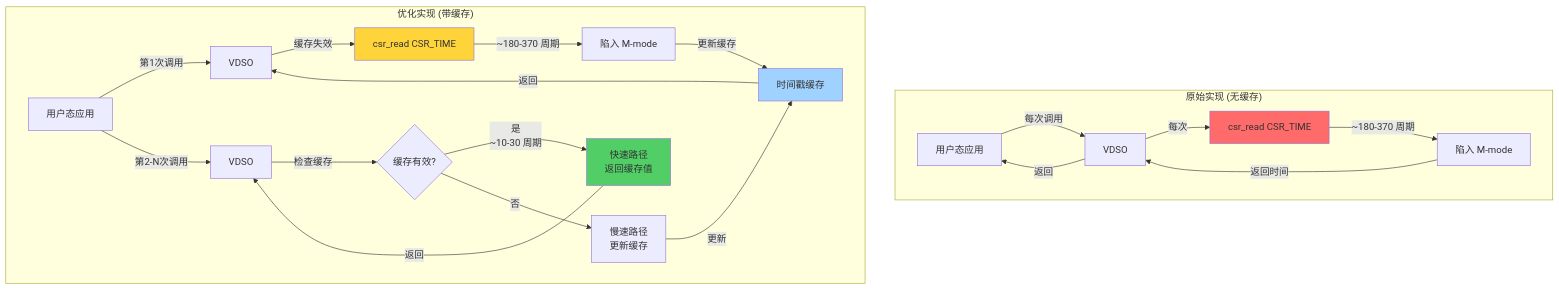
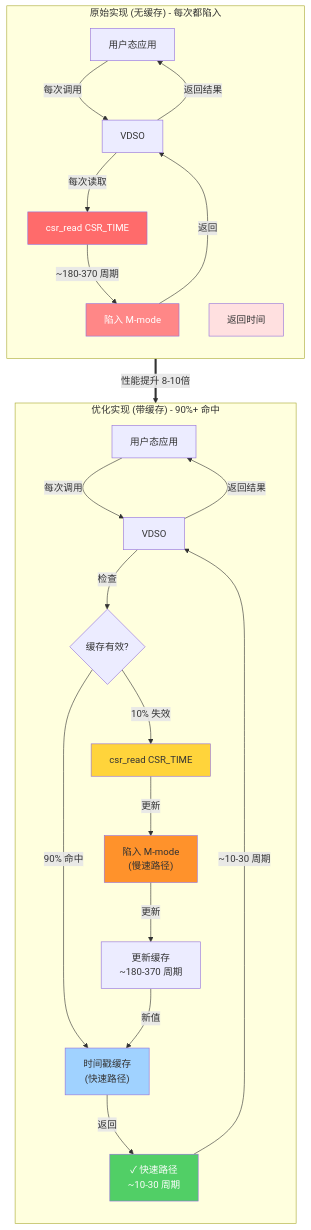
The seventh of 11 diagrams in kernel/vdso/docs/RISC-V_VDSO_Performance_Analysis.md (zcxGGmu/linux-riscv-docs), drawn with Mermaid before and after one commit. The commit also changed other lines of this file, not shown here.

Commit message:
docs/vdso: improve Mermaid diagram clarity with vertical layout
- Section 2.4: Reorganized system architecture comparison with
  explicit top-to-bottom flow using direction TB
- Section 6.2.1: Restructured VDSO time caching diagram with
  clear vertical flow and improved node labeling
- Added performance improvement indicators between diagrams
- Enhanced color coding for better visual distinction

````diff
--- a/kernel/vdso/docs/RISC-V_VDSO_Performance_Analysis.md
+++ b/kernel/vdso/docs/RISC-V_VDSO_Performance_Analysis.md
@@ -662,30 +682,50 @@
 ```mermaid
 flowchart TB
-    subgraph "原始实现 (无缓存)"
-        App1[用户态应用] -->|每次调用| VDSO1[VDSO]
-        VDSO1 -->|每次| CSR1[csr_read CSR_TIME]
-        CSR1 -->|~180-370 周期| Trap1[陷入 M-mode]
-        Trap1 -->|返回时间| VDSO1
-        VDSO1 -->|返回| App1
+    subgraph ORIGINAL["原始实现 (无缓存) - 每次都陷入"]
+        direction TB
+        App1["用户态应用"]
+        VDSO1["VDSO"]
+        CSR1["csr_read CSR_TIME"]
+        Trap1["陷入 M-mode"]
+        Result1["返回时间"]
+
+        App1 -->|每次调用| VDSO1
+        VDSO1 -->|每次读取| CSR1
+        CSR1 -->|~180-370 周期| Trap1
+        Trap1 -->|返回| VDSO1
+        VDSO1 -->|返回结果| App1
     end
 
-    subgraph "优化实现 (带缓存)"
-        App2[用户态应用] -->|第1次调用| VDSO2[VDSO]
-        VDSO2 -->|缓存失效| CSR2[csr_read CSR_TIME]
-        CSR2 -->|~180-370 周期| Trap2[陷入 M-mode]
-        Trap2 -->|更新缓存| Cache[时间戳缓存]
-        Cache -->|返回| VDSO2
+    subgraph OPTIMIZED["优化实现 (带缓存) - 90%+ 命中"]
+        direction TB
+        App2["用户态应用"]
+        VDSO2["VDSO"]
+        Check{"缓存有效?"}
+        Cache["时间戳缓存<br/>(快速路径)"]
+        FastPath["✓ 快速路径<br/>~10-30 周期"]
+        CSR2["csr_read CSR_TIME"]
+        Trap2["陷入 M-mode<br/>(慢速路径)"]
+        SlowPath["更新缓存<br/>~180-370 周期"]
 
-        App2 -->|第2-N次调用| VDSO3[VDSO]
-        VDSO3 -->|检查缓存| Check{缓存有效?}
-        Check -->|是<br/>~10-30 周期| FastPath[快速路径<br/>返回缓存值]
-        Check -->|否| SlowPath[慢速路径<br/>更新缓存]
-        FastPath -->|返回| VDSO3
-        SlowPath -->|更新| Cache
+        App2 -->|每次调用| VDSO2
+        VDSO2 -->|检查| Check
+        Check -->|90% 命中| Cache
+        Cache -->|返回| FastPath
+        FastPath -->|~10-30 周期| VDSO2
+        Check -->|10% 失效| CSR2
+        CSR2 -->|更新| Trap2
+        Trap2 -->|更新| SlowPath
+        SlowPath -->|新值| Cache
+        VDSO2 -->|返回结果| App2
     end
 
-    style CSR1 fill:#ff6b6b
+    ORIGINAL ==>|"性能提升 8-10倍"| OPTIMIZED
+
+    style CSR1 fill:#ff6b6b,color:#fff
+    style Trap1 fill:#ff8787,color:#fff
+    style FastPath fill:#51cf66,color:#fff
+    style Cache fill:#a0d2ff
     style CSR2 fill:#ffd43b
-    style FastPath fill:#51cf66
-    style Cache fill:#a0d2ff
+    style Trap2 fill:#ff922b
+    style Result1 fill:#ffe0e0
 ```
````
